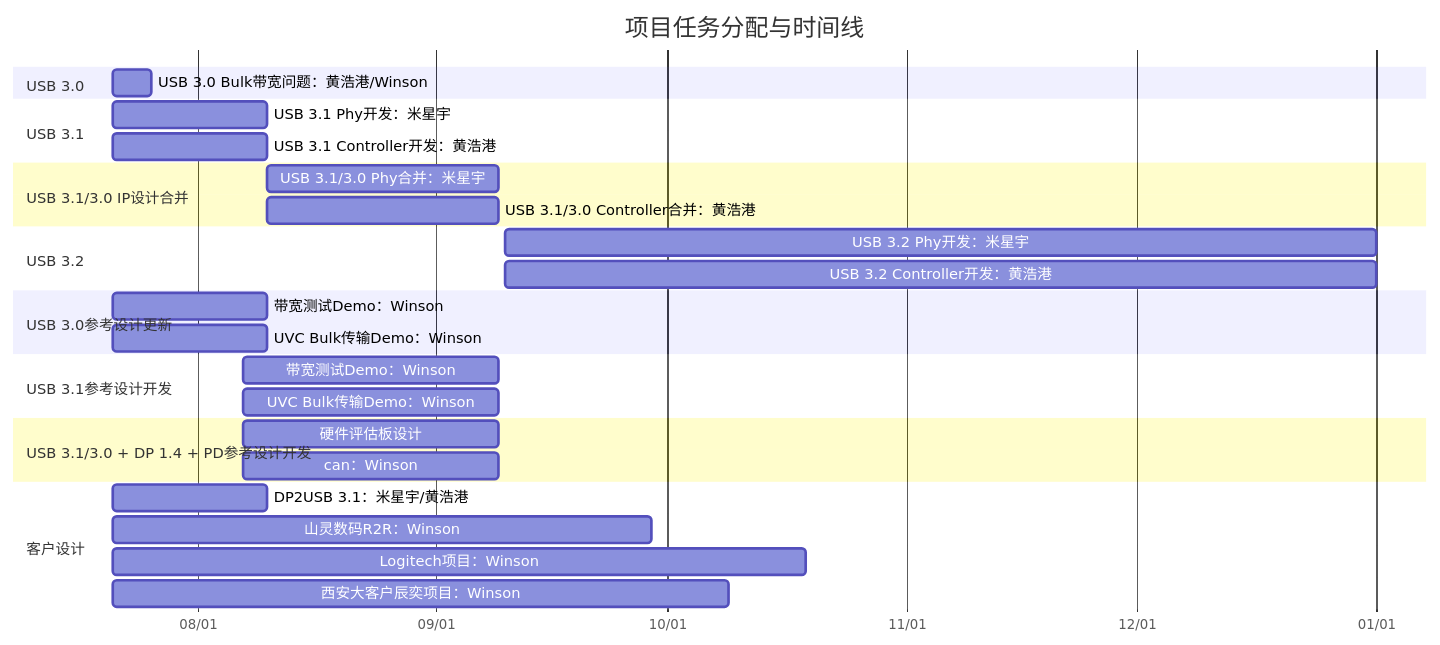
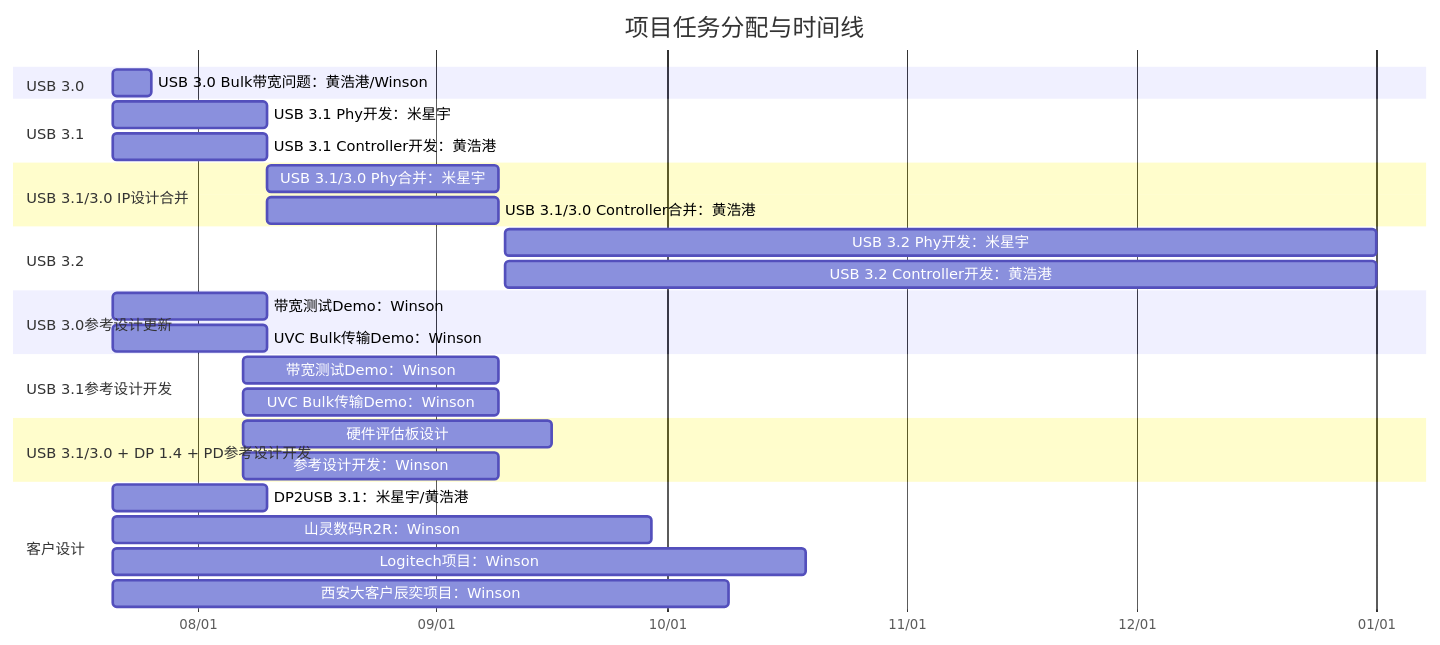
One commit to winsonbook/iodraw-files changed the diagram in all/未命名.md. Above: the diagram before and after it, drawn with Mermaid.

Commit message:
2025-07-21 10:20:43 update

````diff
--- a/all/未命名.md
+++ b/all/未命名.md
@@ -1,39 +1,39 @@
 ```mermaid
 gantt
     title 项目任务分配与时间线
     dateFormat  YYYY-MM-DD
     axisFormat  %m/%d
 
     section USB 3.0
     USB 3.0 Bulk带宽问题：黄浩港/Winson   :    task1, 2025-07-21, 5d
 
     section USB 3.1
     USB 3.1 Phy开发：米星宇      :         task2, 2025-07-21, 20d
     USB 3.1 Controller开发：黄浩港      :  task3, 2025-07-21, 20d
 
     section USB 3.1/3.0 IP设计合并
     USB 3.1/3.0 Phy合并：米星宇       :    task4, 2025-08-10, 30d
     USB 3.1/3.0 Controller合并：黄浩港:    task5, 2025-08-10, 30d
 
     section USB 3.2
     USB 3.2 Phy开发：米星宇      :         task2, 2025-09-10, 113d
     USB 3.2 Controller开发：黄浩港      :  task3, 2025-09-10, 113d
 
     section USB 3.0参考设计更新
     带宽测试Demo：Winson       :         task6, 2025-07-21, 20d
     UVC Bulk传输Demo：Winson   :        task7, 2025-07-21, 20d
 
     section USB 3.1参考设计开发
     带宽测试Demo：Winson       :         task8, 2025-08-07, 33d
     UVC Bulk传输Demo：Winson   :         task9, 2025-08-07, 33d
 
     section USB 3.1/3.0 + DP 1.4 + PD参考设计开发
-    硬件评估板设计       :         task8, 2025-08-07, 33d
-    can：Winson   :         task9, 2025-08-07, 33d
+    硬件评估板设计       :         task8, 2025-08-07, 40d
+    参考设计开发：Winson   :         task9, 2025-08-07, 33d
 
     section 客户设计
     DP2USB 3.1：米星宇/黄浩港      :task10, 2025-07-21, 20d
     山灵数码R2R：Winson :             task11, 2025-07-21, 70d
     Logitech项目：Winson :            task12, 2025-07-21, 90d
     西安大客户辰奕项目：Winson :       task13, 2025-07-21, 80d
 ```
````
